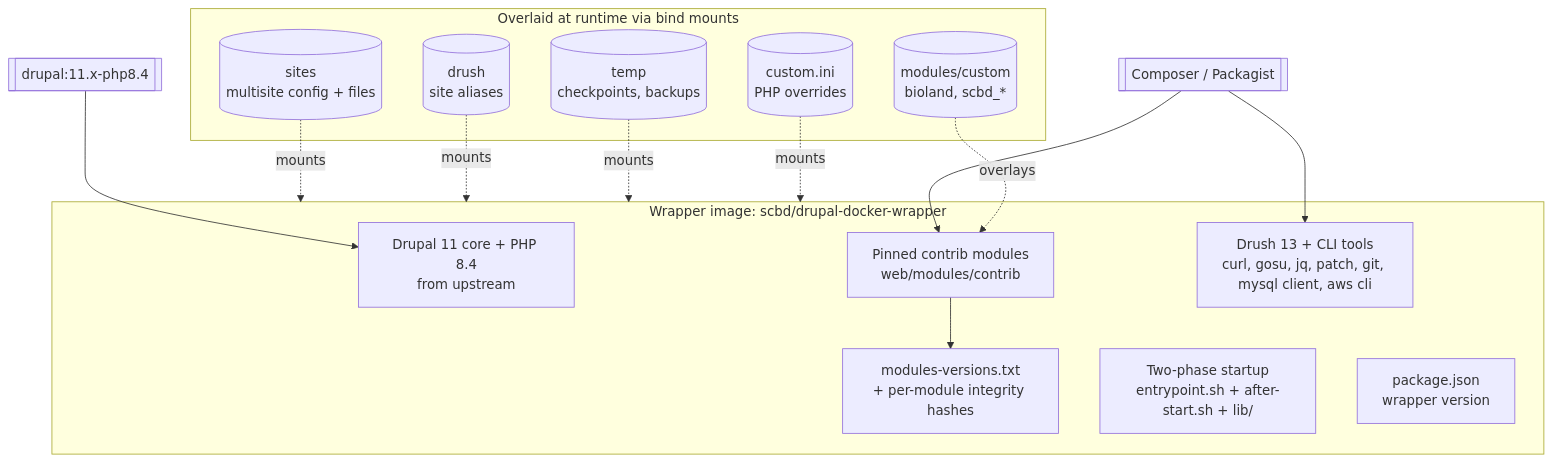
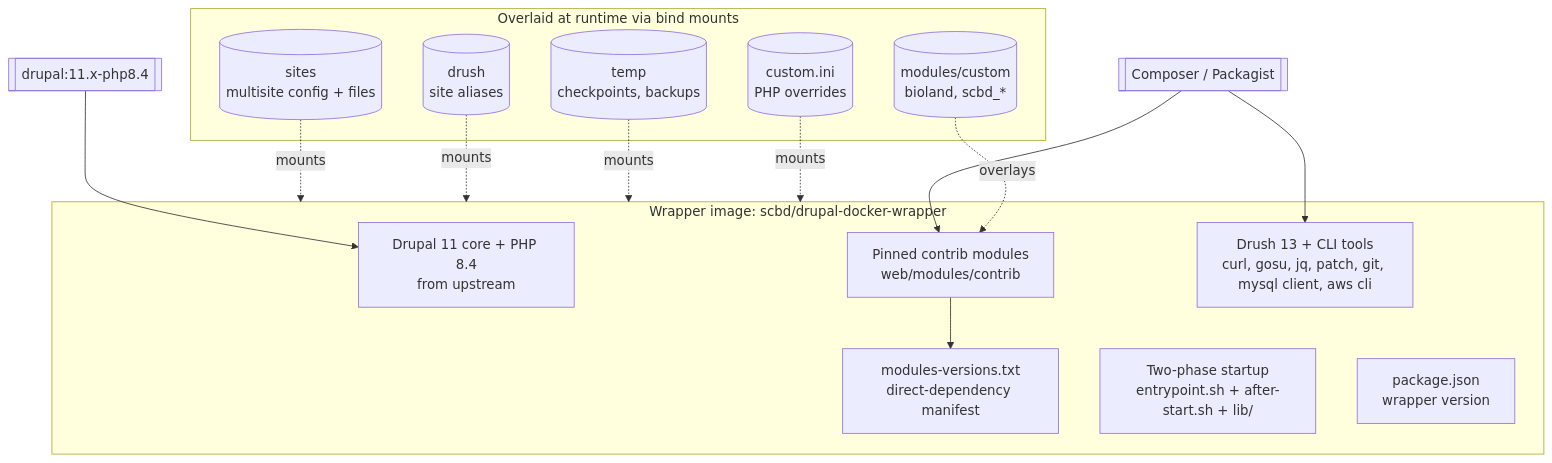
Before and after one commit to scbd/drupal-docker-wrapper: the second of 9 diagrams in docs/architectural-plan.md, drawn with Mermaid. The commit also changed other lines of this file and 11 other files, not shown here.

````diff
--- a/docs/architectural-plan.md
+++ b/docs/architectural-plan.md
@@ -120,29 +116,29 @@
 ```mermaid
 flowchart TB
   subgraph image [Wrapper image: scbd/drupal-docker-wrapper]
     core[Drupal 11 core + PHP 8.4<br/>from upstream]
     contrib[Pinned contrib modules<br/>web/modules/contrib]
     drush[Drush 13 + CLI tools<br/>curl, gosu, jq, patch, git, mysql client, aws cli]
-    manifest[modules-versions.txt<br/>+ per-module integrity hashes]
+    manifest[modules-versions.txt<br/>direct-dependency manifest]
     startup[Two-phase startup<br/>entrypoint.sh + after-start.sh + lib/]
     pkg[package.json<br/>wrapper version]
   end
 
   subgraph runtime [Overlaid at runtime via bind mounts]
     custom[(modules/custom<br/>bioland, scbd_*)]
     sites[(sites<br/>multisite config + files)]
     drushcfg[(drush<br/>site aliases)]
     temp[(temp<br/>checkpoints, backups)]
     phpini[(custom.ini<br/>PHP overrides)]
   end
 
   upstream[[drupal:11.x-php8.4]] --> core
   composer[[Composer / Packagist]] --> contrib
   composer --> drush
   contrib --> manifest
   custom -. overlays .-> contrib
   sites -. mounts .-> image
   drushcfg -. mounts .-> image
   temp -. mounts .-> image
   phpini -. mounts .-> image
 ```
````
